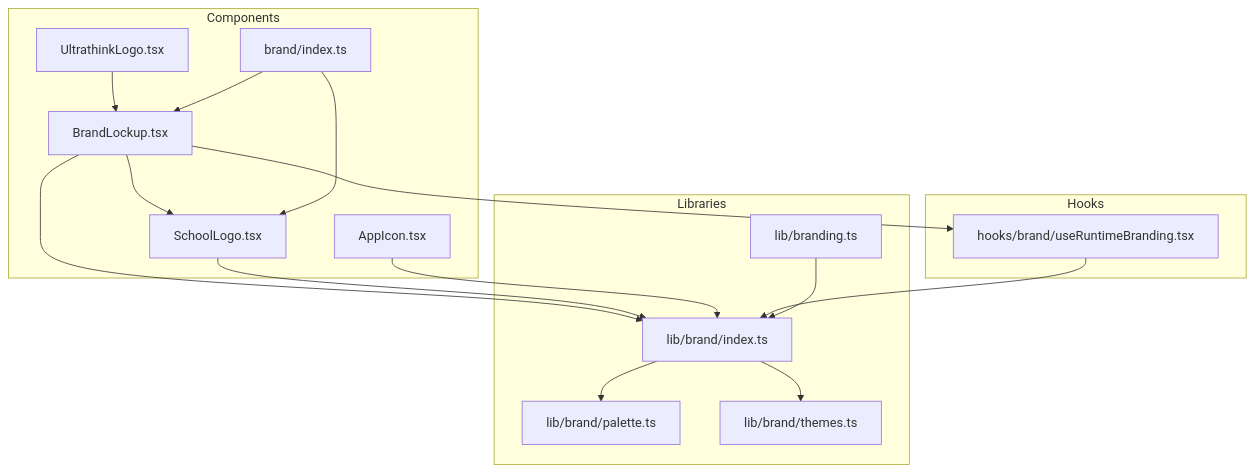
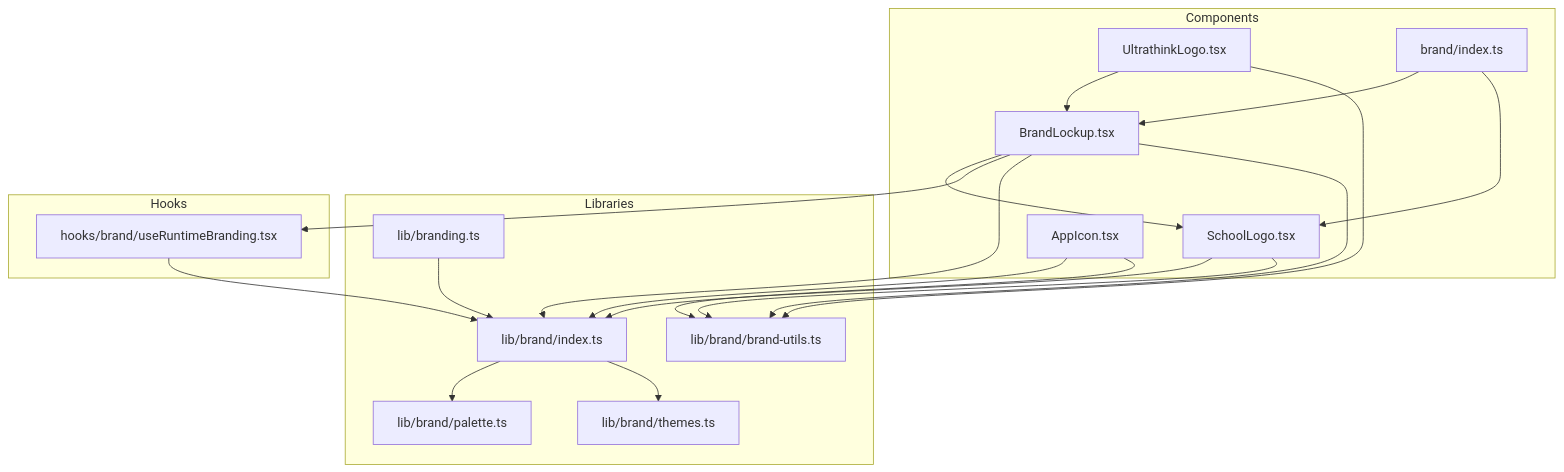
One commit to mustafaalkusaj/appschoolmustafa2002 changed the first of 6 diagrams in .qoder/repowiki/en/content/UI Components/Brand Components.md. Above: the diagram before and after it, drawn with Mermaid. The commit also changed other lines of this file and 277 other files, not shown here.

````diff
--- a/.qoder/repowiki/en/content/UI Components/Brand Components.md
+++ b/.qoder/repowiki/en/content/UI Components/Brand Components.md
@@ -41,31 +52,36 @@
 ```mermaid
 graph TB
 subgraph "Components"
 BL["BrandLockup.tsx"]
 SL["SchoolLogo.tsx"]
 UL["UltrathinkLogo.tsx"]
 AI["AppIcon.tsx"]
 BI["brand/index.ts"]
 end
 subgraph "Libraries"
 LIBIDX["lib/brand/index.ts"]
 PALETTE["lib/brand/palette.ts"]
 THEMES["lib/brand/themes.ts"]
 BRDG["lib/branding.ts"]
+UTILS["lib/brand/brand-utils.ts"]
 end
 subgraph "Hooks"
 RB["hooks/brand/useRuntimeBranding.tsx"]
 end
 BL --> SL
 BL --> RB
 BL --> LIBIDX
+BL --> UTILS
 SL --> LIBIDX
+SL --> UTILS
 UL --> BL
+UL --> UTILS
 AI --> LIBIDX
+AI --> UTILS
 BI --> BL
 BI --> SL
 RB --> LIBIDX
 LIBIDX --> PALETTE
 LIBIDX --> THEMES
 BRDG --> LIBIDX
 ```
````
